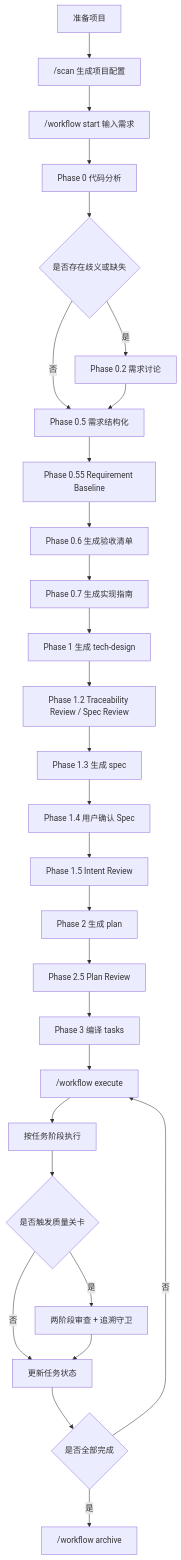
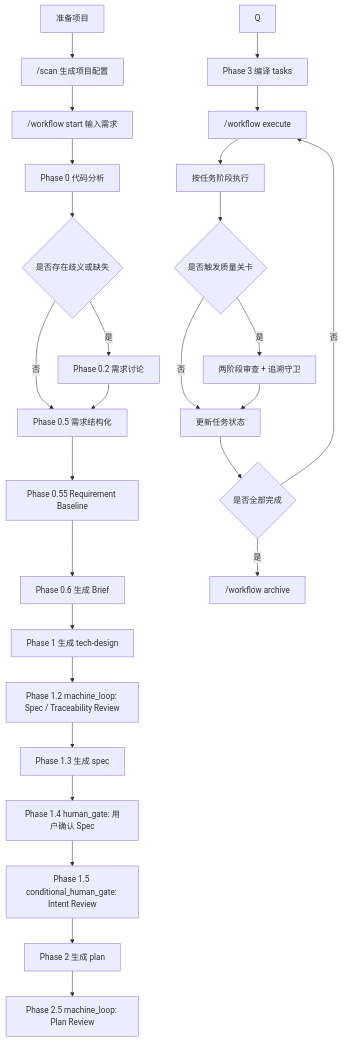
One commit to fan776783/claude-workflow changed the diagram in README.md. Above: the diagram before and after it, drawn with Mermaid. The commit also changed other lines of this file and 23 other files, not shown here.

````diff
--- a/README.md
+++ b/README.md
@@ -78,30 +78,29 @@
 ```mermaid
 flowchart TD
     A["准备项目"] --> B["/scan 生成项目配置"]
     B --> C["/workflow start 输入需求"]
     C --> D["Phase 0 代码分析"]
     D --> E{"是否存在歧义或缺失"}
     E -->|是| F["Phase 0.2 需求讨论"]
     E -->|否| G["Phase 0.5 需求结构化"]
     F --> G
     G --> H["Phase 0.55 Requirement Baseline"]
-    H --> I["Phase 0.6 生成验收清单"]
-    I --> J["Phase 0.7 生成实现指南"]
-    J --> K["Phase 1 生成 tech-design"]
-    K --> L["Phase 1.2 Traceability Review / Spec Review"]
-    L --> M["Phase 1.3 生成 spec"]
-    M --> N["Phase 1.4 用户确认 Spec"]
-    N --> O["Phase 1.5 Intent Review"]
-    O --> P["Phase 2 生成 plan"]
-    P --> Q["Phase 2.5 Plan Review"]
+    H --> I["Phase 0.6 生成 Brief"]
+    I --> J["Phase 1 生成 tech-design"]
+    J --> K["Phase 1.2 machine_loop: Spec / Traceability Review"]
+    K --> L["Phase 1.3 生成 spec"]
+    L --> M["Phase 1.4 human_gate: 用户确认 Spec"]
+    M --> N["Phase 1.5 conditional_human_gate: Intent Review"]
+    N --> O["Phase 2 生成 plan"]
+    O --> P["Phase 2.5 machine_loop: Plan Review"]
     Q --> R["Phase 3 编译 tasks"]
     R --> S["/workflow execute"]
     S --> T["按任务阶段执行"]
     T --> U{"是否触发质量关卡"}
     U -->|是| V["两阶段审查 + 追溯守卫"]
     U -->|否| W["更新任务状态"]
     V --> W
     W --> X{"是否全部完成"}
     X -->|否| S
     X -->|是| Y["/workflow archive"]
 ```
````
